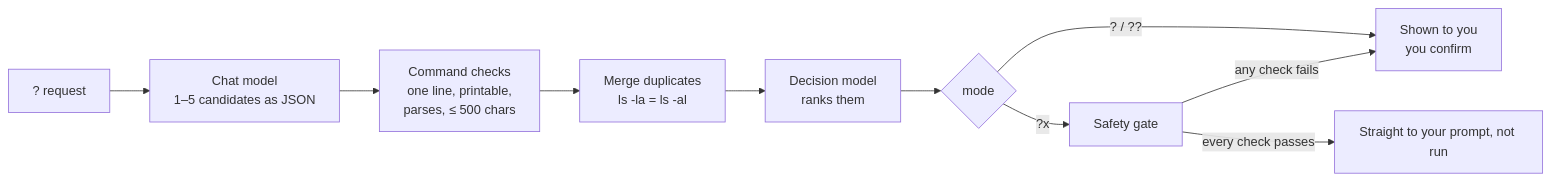
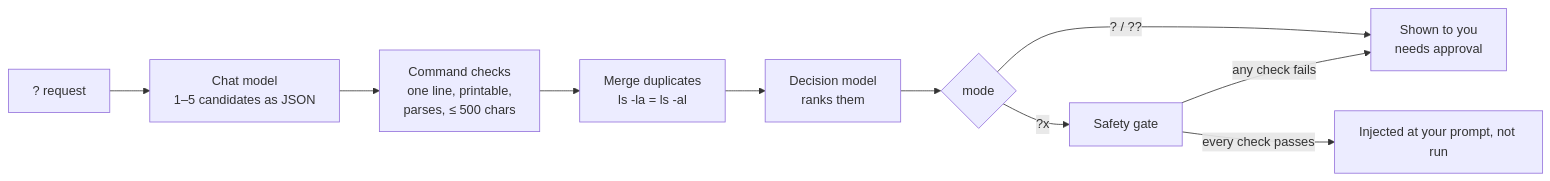
Before and after one commit to tanepiper/termite: the diagram in README.md, drawn with Mermaid. The commit also changed other lines of this file and 56 other files, not shown here.

````diff
--- a/README.md
+++ b/README.md
@@ -149,12 +138,12 @@
 ```mermaid
 flowchart LR
     A["? request"] --> B["Chat model<br/>1–5 candidates as JSON"]
     B --> C["Command checks<br/>one line, printable,<br/>parses, ≤ 500 chars"]
     C --> D["Merge duplicates<br/>ls -la = ls -al"]
     D --> E["Decision model<br/>ranks them"]
     E --> F{mode}
-    F -- "? / ??" --> G["Shown to you<br/>you confirm"]
+    F -- "? / ??" --> G["Shown to you<br/>needs approval"]
     F -- "?x" --> H["Safety gate"]
-    H -- "every check passes" --> I["Straight to your prompt, not run"]
+    H -- "every check passes" --> I["Injected at your prompt, not run"]
     H -- "any check fails" --> G
 ```
````
